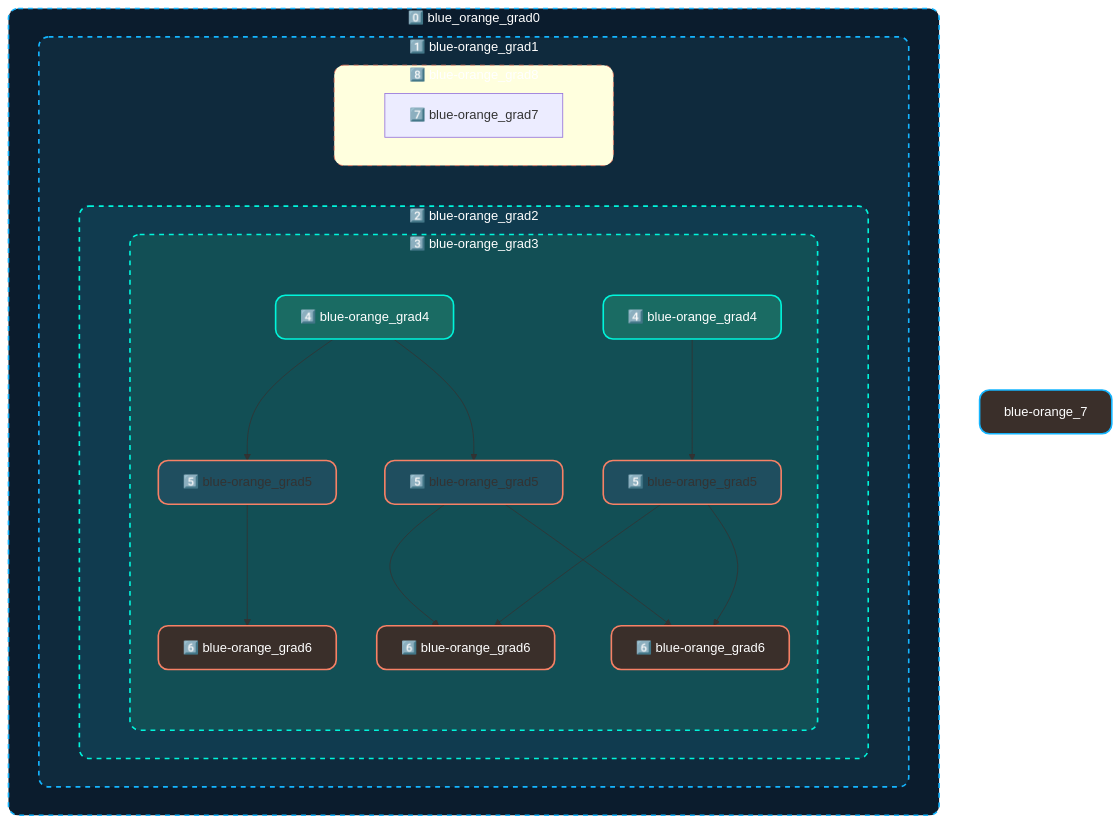
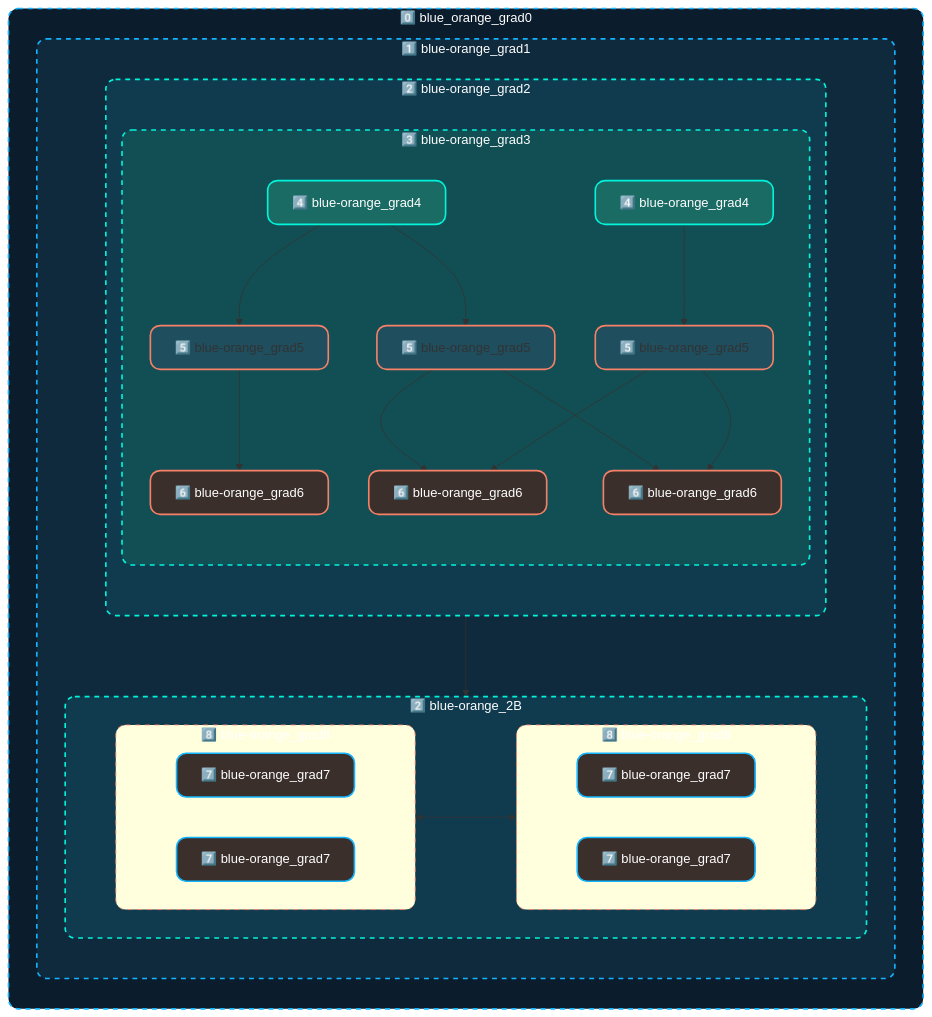
One commit to Scriber-Labs/lf-pinn-inverse-schrodinger changed the diagram in assets/mermaid-diagrams/blue_to_orange_gradient.mmd. Above: the diagram before and after it, drawn with Mermaid. The commit also changed 2 other files, not shown here.

Commit message:
spent the better part of the day choosing  colors to make the mermaid diagrams have a pseudogradient. all the code is in the './assets/mermaid-diagrams/' folder

```diff
--- a/assets/mermaid-diagrams/blue_to_orange_gradient.mmd
+++ b/assets/mermaid-diagrams/blue_to_orange_gradient.mmd
@@ -1,71 +1,88 @@
 %%====================================================================
 %%  💙🩵💚🧡 BLUE TO ORANGE GRADIENT
 %%====================================================================
 %%{ init: {
         "theme": "base",
         "themeVariables": {
             "background": "#0d1117",
             "lineColor": "#14b5ff",
             "textColor": "#ffffff",
             "fontFamily": "'Aclonica', sans-serif",
             "borderRadius": "16"       /* larger radius for more rounded corners */
         },
         "handDrawn": true
     } }%%
 %%====================================================================
-flowchart TB
+flowchart LR
 
     %%--------------------------------------------------------------
     %%  COLOR RAMP (pseudo-gradient)
     %%--------------------------------------------------------------
     classDef blue_orange_grad0 fill:#0b1c2d,stroke:#14b5ff,stroke-width:2px,color:#ffffff,stroke-dasharray: 6 6,rx:12,ry:12;
     classDef blue_orange_grad1 fill:#0f2a3d,stroke:#14b5ff,stroke-width:2px,color:#ffffff,stroke-dasharray: 6 6,rx:12,ry:12;
     classDef blue_orange_grad2 fill:#103b4f,stroke:#00f5db,stroke-width:2px,color:#ffffff,stroke-dasharray: 6 6,rx:12,ry:12;
     classDef blue_orange_grad3 fill:#124f55,stroke:#00f5db,stroke-width:2px,color:#ffffff,stroke-dasharray: 6 6,rx:12,ry:12;
     classDef blue_orange_grad4 fill:#1a6b63,stroke:#00f5db,stroke-width:2px,color:#ffffff,rx:12,ry:12;
     classDef blue_orange_grad5 fill:#1f4e5f,stroke:#f78166,stroke-width:2px,olor:#ffffff,rx:12,ry:12;
     classDef blue_orange_grad6 fill:#3a2f2a,stroke:#f78166,stroke-width:2px,color:#ffffff,rx:12,ry:12;
     classDef blue_orange_grad7 fill:#3a2f2a,stroke:#14b5ff,stroke-width:2px,color:#ffffff,rx:12,ry:12;
     classDef blue_orange_grad8 stroke:#f78166,stroke-dasharray:6 6,color:#ffffff,rx:12,ry:12;
 
     %%--------------------------------------------------------------
     %% CORE PIPELINE
     %%--------------------------------------------------------------
     subgraph blue-orange_0["0️⃣ blue_orange_grad0"]
-    direction LR
+    direction TB
         subgraph blue-orange_1A["1️⃣ blue-orange_grad1"]
-        direction LR
+        direction TB
             subgraph blue-orange_2A["2️⃣ blue-orange_grad2"]
-            direction LR
+            direction TB
                 subgraph blue-orange_3AA["3️⃣ blue-orange_grad3"]
                 direction TB
                     blue-orange_4AB["4️⃣ blue-orange_grad4"] --> blue-orange_5A["5️⃣ blue-orange_grad5"] --> blue-orange_A["6️⃣ blue-orange_grad6"]
                     blue-orange_4AB --> blue-orange_5B["5️⃣ blue-orange_grad5"] --> blue-orange_6B["6️⃣ blue-orange_grad6"]
                     blue-orange_5B --> blue-orange_6C["6️⃣ blue-orange_grad6"]
                     blue-orange_5C --> blue-orange_6B
                     blue-orange_4C["4️⃣ blue-orange_grad4"] --> blue-orange_5C["5️⃣ blue-orange_grad5"] --> blue-orange_6C
                 end
             end
-            subgraph blue-orange_8["8️⃣ blue-orange_grad8"]
+            
+            subgraph blue-orange_2B["2️⃣ blue-orange_2B"]
             direction LR
-                blue-orange_7A["7️⃣ blue-orange_grad7"]
-            end
+                subgraph blue-orange_8AB["8️⃣ blue-orange_grad8"]
+                direction LR
+                    blue-orange_7AA1["7️⃣ blue-orange_grad7"]
+                    blue-orange_7AA2["7️⃣ blue-orange_grad7"]
+                end
+
+                subgraph blue-orange_8BB["8️⃣ blue-orange_grad8"]
+                direction LR
+                    blue-orange_7AB1["7️⃣ blue-orange_grad7"]
+                    blue-orange_7AB2["7️⃣ blue-orange_grad7"]
+                end
+
+                blue-orange_8AB <--> blue-orange_8BB
         end
-
-
+        blue-orange_2A --> blue-orange_2B
+        end
     end
 
     blue-orange_0:::blue_orange_grad0
     blue-orange_1A:::blue_orange_grad1
     blue-orange_2A:::blue_orange_grad2
+    blue-orange_2B:::blue_orange_grad2
     blue-orange_3AA:::blue_orange_grad3
     blue-orange_4AB:::blue_orange_grad4
     blue-orange_4C:::blue_orange_grad4
     blue-orange_5A:::blue_orange_grad5
     blue-orange_5B:::blue_orange_grad5
     blue-orange_5C:::blue_orange_grad5
     blue-orange_A:::blue_orange_grad6
     blue-orange_6B:::blue_orange_grad6
     blue-orange_6C:::blue_orange_grad6
-    blue-orange_7:::blue_orange_grad7
-    blue-orange_8:::blue_orange_grad8
+    blue-orange_7AA1:::blue_orange_grad7
+    blue-orange_7AA2:::blue_orange_grad7
+    blue-orange_7AB1:::blue_orange_grad7
+    blue-orange_7AB2:::blue_orange_grad7
+    blue-orange_8AB:::blue_orange_grad8
+    blue-orange_8BB:::blue_orange_grad8
```
